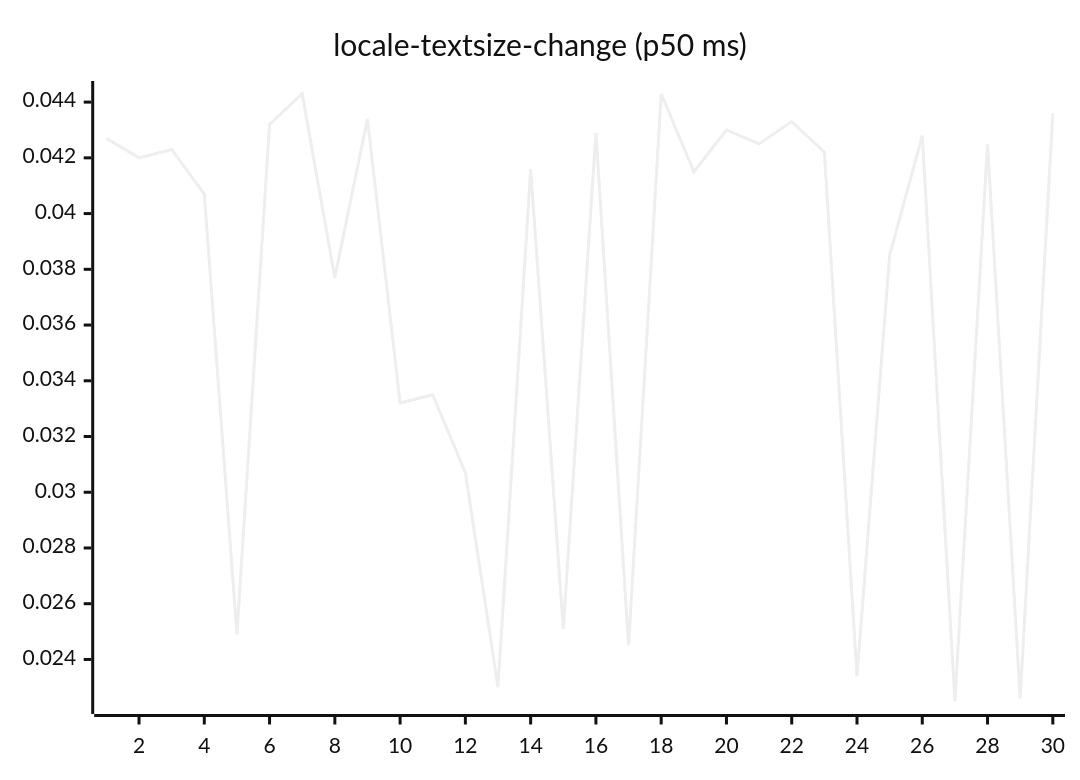
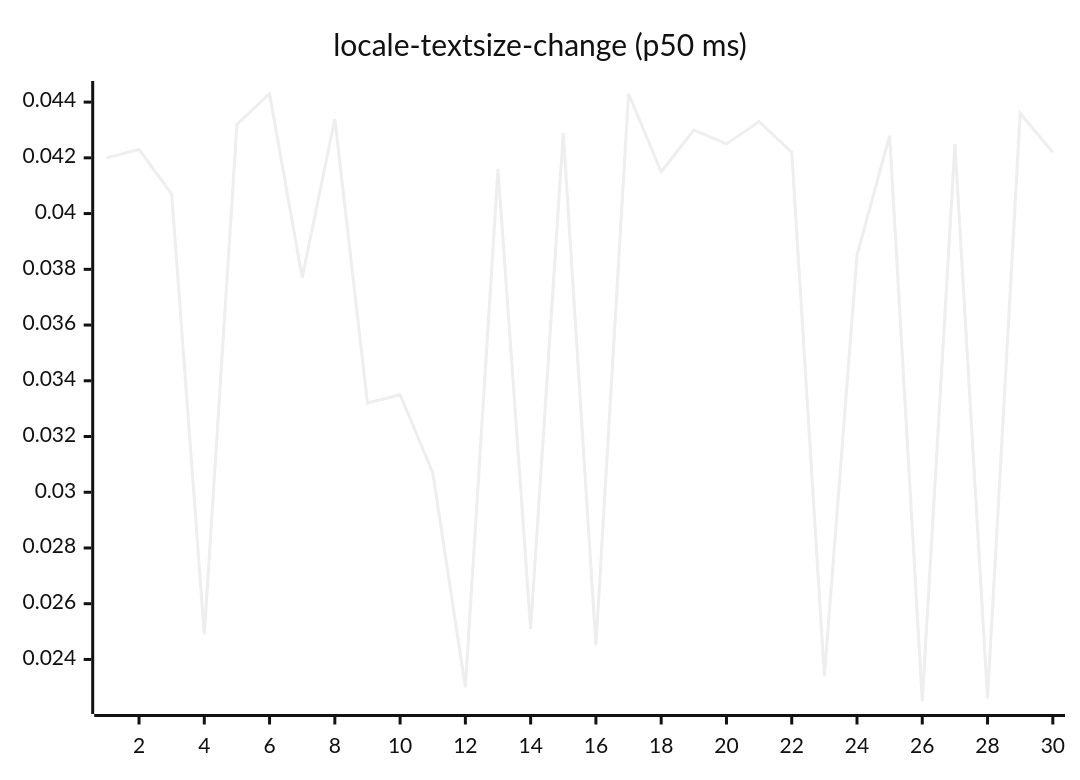
Before and after one commit to josha/Facet: diagram 13 of 27 in README.md, drawn with Mermaid (neutral theme). The commit also changed other lines of this file and 2 other files, not shown here.

````diff
--- a/README.md
+++ b/README.md
@@ -147,6 +147,6 @@
 ```mermaid
 xychart-beta
     title "locale-textsize-change (p50 ms)"
     x-axis 1 --> 30
-    line [0.0427, 0.0420, 0.0423, 0.0407, 0.0249, 0.0432, 0.0443, 0.0377, 0.0434, 0.0332, 0.0335, 0.0307, 0.0230, 0.0416, 0.0251, 0.0429, 0.0245, 0.0443, 0.0415, 0.0430, 0.0425, 0.0433, 0.0422, 0.0234, 0.0385, 0.0428, 0.0225, 0.0425, 0.0226, 0.0436]
+    line [0.0420, 0.0423, 0.0407, 0.0249, 0.0432, 0.0443, 0.0377, 0.0434, 0.0332, 0.0335, 0.0307, 0.0230, 0.0416, 0.0251, 0.0429, 0.0245, 0.0443, 0.0415, 0.0430, 0.0425, 0.0433, 0.0422, 0.0234, 0.0385, 0.0428, 0.0225, 0.0425, 0.0226, 0.0436, 0.0422]
 ```
````
